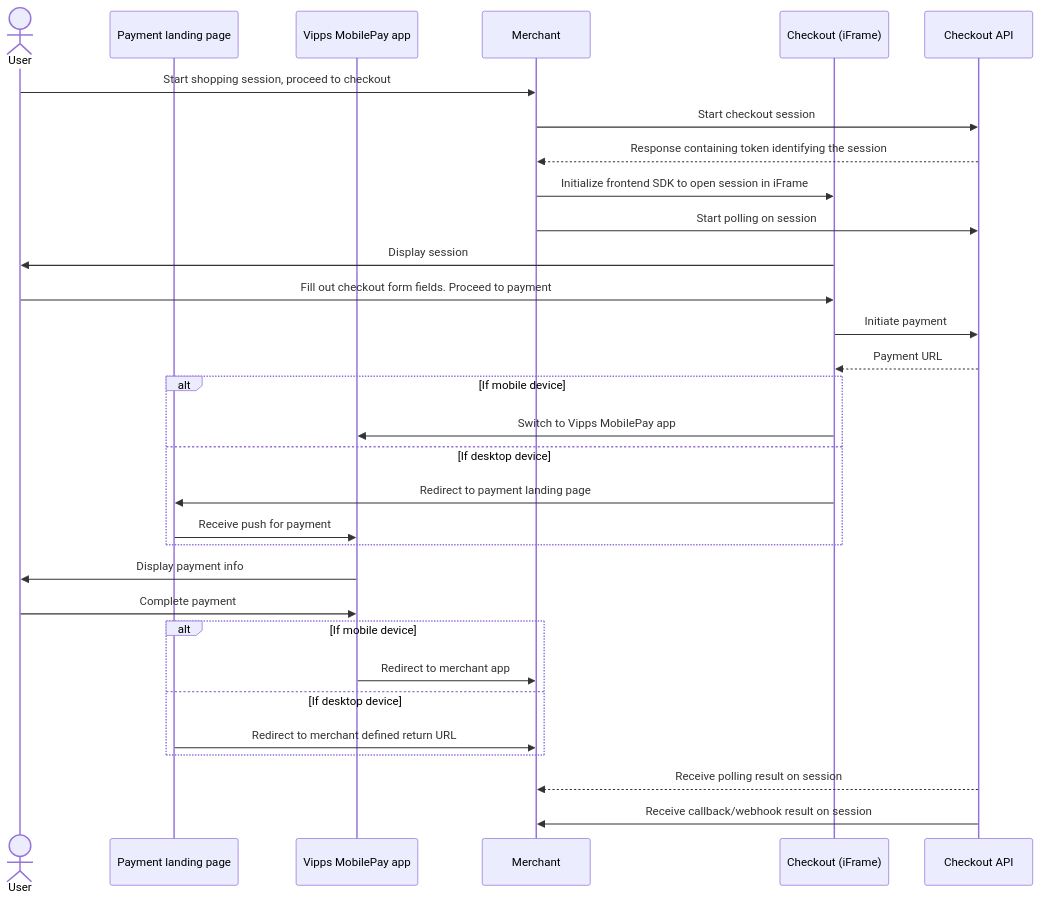
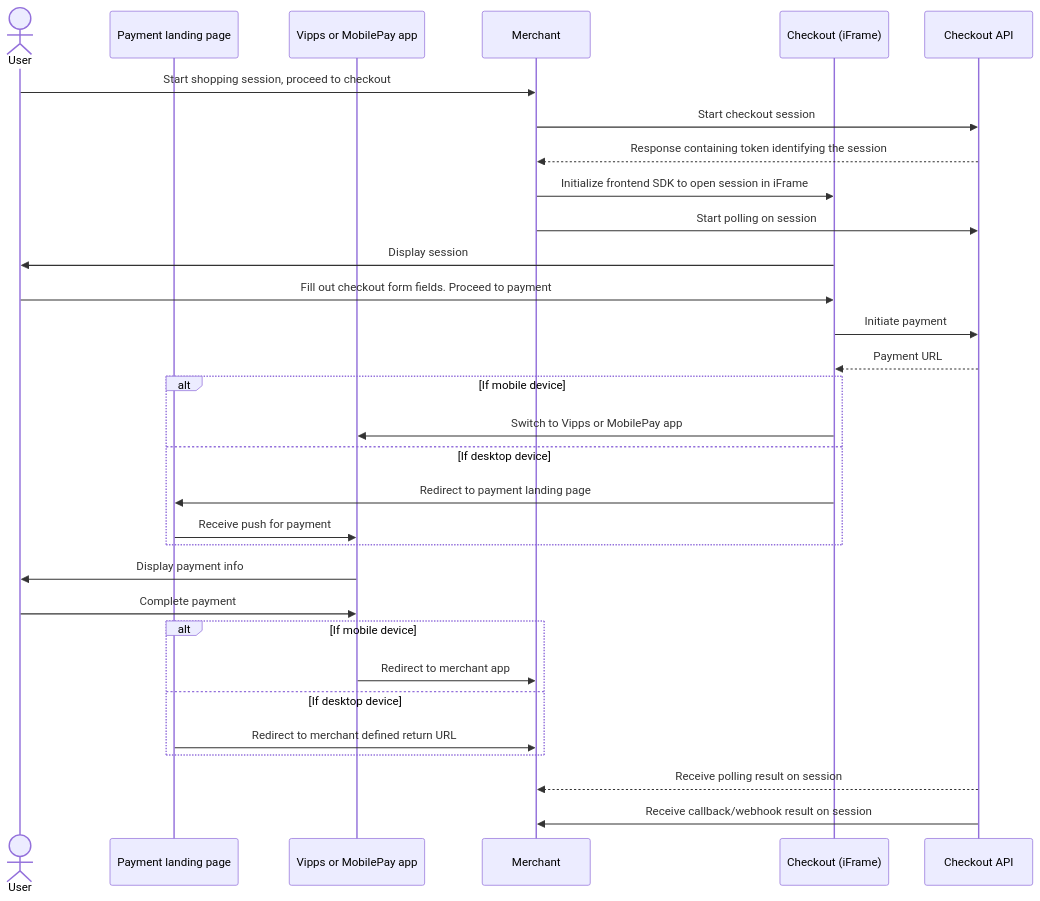
The diagram in vipps-checkout-api.md (vippsas/vipps-checkout), drawn with Mermaid before and after one commit. The commit also changed other lines of this file and 2 other files, not shown here.

````diff
--- a/vipps-checkout-api.md
+++ b/vipps-checkout-api.md
@@ -160,37 +160,37 @@
 ```mermaid
 sequenceDiagram
   actor User
   participant LandingPage as Payment landing page
-  participant App as Vipps MobilePay app
+  participant App as Vipps or MobilePay app
   participant Merchant
   participant Frontend as Checkout (iFrame)
   participant API as Checkout API
 
   User->>Merchant: Start shopping session, proceed to checkout
   Merchant->>API: Start checkout session
   API-->>Merchant: Response containing token identifying the session
   Merchant->>Frontend: Initialize frontend SDK to open session in iFrame
   Merchant->>API: Start polling on session
   Frontend->>User: Display session
   User->>Frontend: Fill out checkout form fields. Proceed to payment
   Frontend->>API: Initiate payment
   API-->>Frontend: Payment URL
 
   alt If mobile device
-    Frontend->>App: Switch to Vipps MobilePay app
+    Frontend->>App: Switch to Vipps or MobilePay app
   else If desktop device
     Frontend->>LandingPage: Redirect to payment landing page
     LandingPage->>App: Receive push for payment
   end
   App->>User: Display payment info
   User->>App: Complete payment
 
   alt If mobile device
     App->>Merchant: Redirect to merchant app
   else If desktop device
     LandingPage->>Merchant: Redirect to merchant defined return URL
   end
 
   API-->>Merchant: Receive polling result on session
   API->>Merchant: Receive callback/webhook result on session
 ```
````
